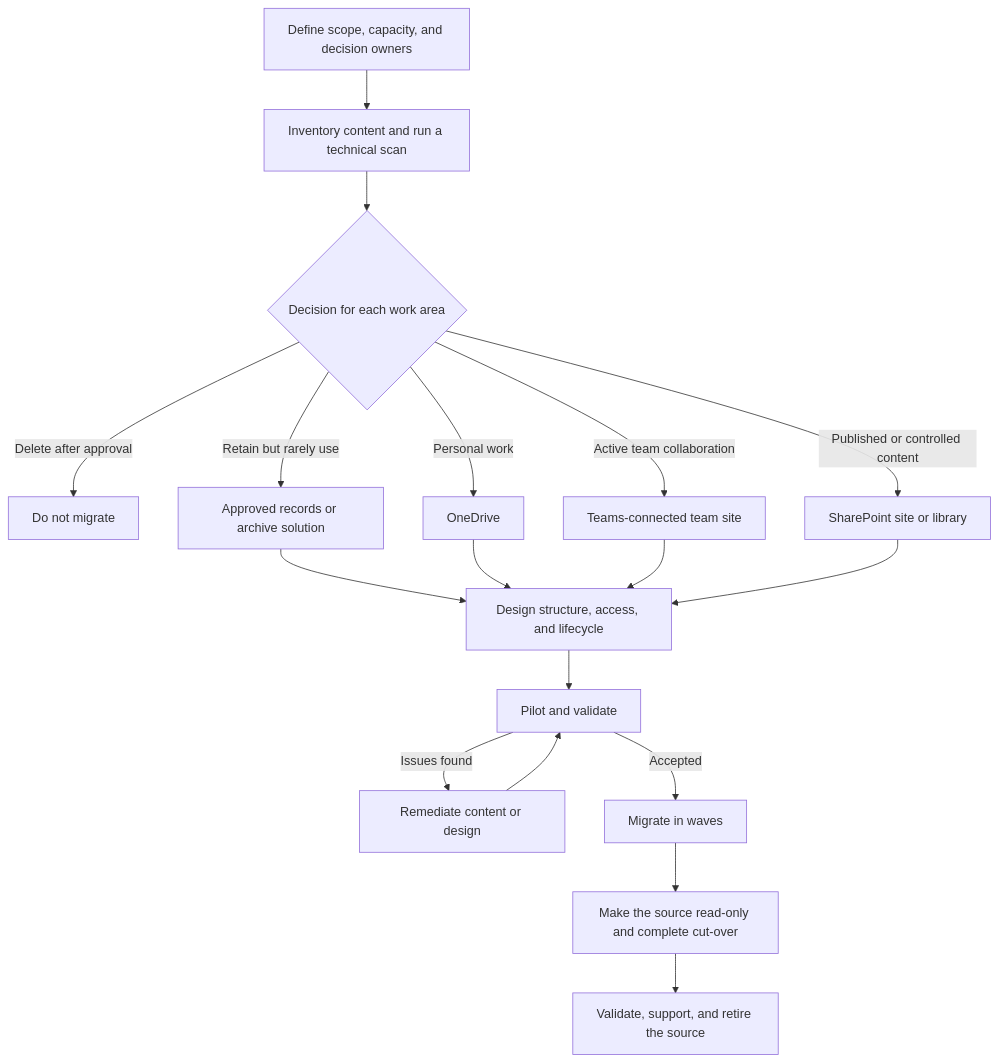
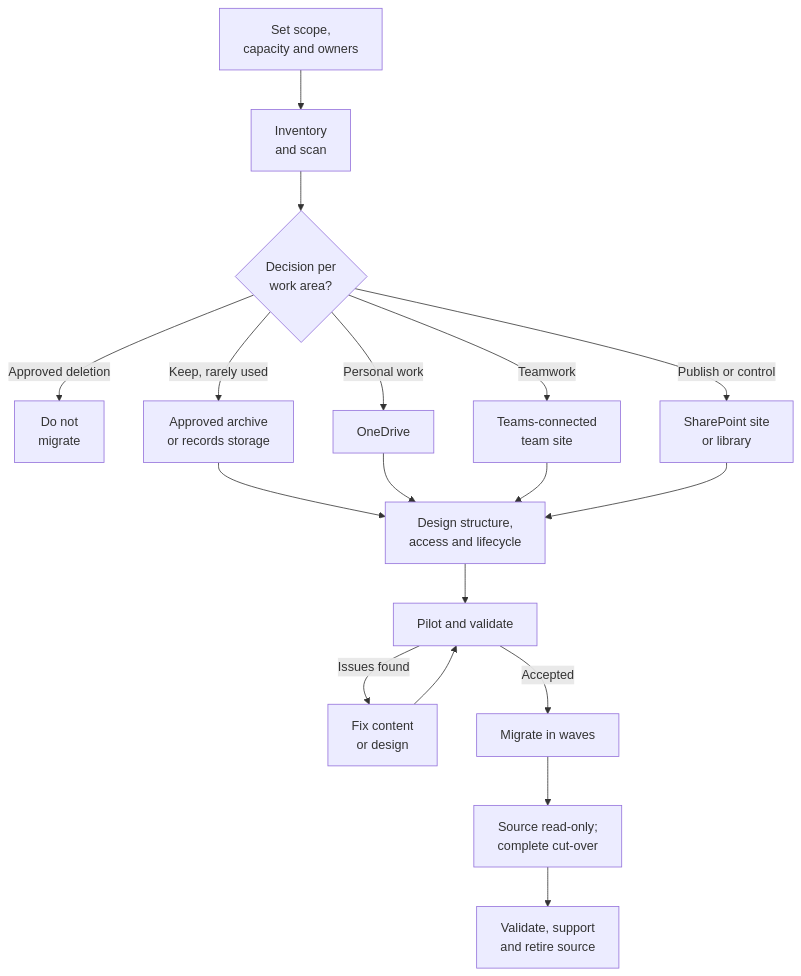
Before and after one commit to DwayneSelsig/M365wizard: the first of 2 diagrams in docs/admin-and-governance/migrate-file-server-to-sharepoint.md, drawn with Mermaid. The commit also changed other lines of this file and 1 other file, not shown here.

Commit message:
docs: refine flowcharts and improve clarity in migration guide for SharePoint

````diff
--- a/docs/admin-and-governance/migrate-file-server-to-sharepoint.md
+++ b/docs/admin-and-governance/migrate-file-server-to-sharepoint.md
@@ -26,21 +26,21 @@
 ```mermaid
 flowchart TD
-    Scope[Define scope, capacity, and decision owners] --> Assess[Inventory content and run a technical scan]
-    Assess --> Decide{Decision for each work area}
-    Decide -->|Delete after approval| Delete[Do not migrate]
-    Decide -->|Retain but rarely use| Archive[Approved records or archive solution]
+    Scope[Set scope,<br/>capacity and owners] --> Assess[Inventory<br/>and scan]
+    Assess --> Decide{Decision per<br/>work area?}
+    Decide -->|Approved deletion| Delete[Do not<br/>migrate]
+    Decide -->|Keep, rarely used| Archive[Approved archive<br/>or records storage]
     Decide -->|Personal work| OneDrive[OneDrive]
-    Decide -->|Active team collaboration| Team[Teams-connected team site]
-    Decide -->|Published or controlled content| SharePoint[SharePoint site or library]
+    Decide -->|Teamwork| Team[Teams-connected<br/>team site]
+    Decide -->|Publish or control| SharePoint[SharePoint site<br/>or library]
 
-    Archive --> Design[Design structure, access, and lifecycle]
+    Archive --> Design[Design structure,<br/>access and lifecycle]
     OneDrive --> Design
     Team --> Design
     SharePoint --> Design
     Design --> Pilot[Pilot and validate]
-    Pilot -->|Issues found| Fix[Remediate content or design]
+    Pilot -->|Issues found| Fix[Fix content<br/>or design]
     Fix --> Pilot
     Pilot -->|Accepted| Waves[Migrate in waves]
-    Waves --> Cutover[Make the source read-only and complete cut-over]
-    Cutover --> Review[Validate, support, and retire the source]
+    Waves --> Cutover[Source read-only;<br/>complete cut-over]
+    Cutover --> Review[Validate, support<br/>and retire source]
 ```
````
